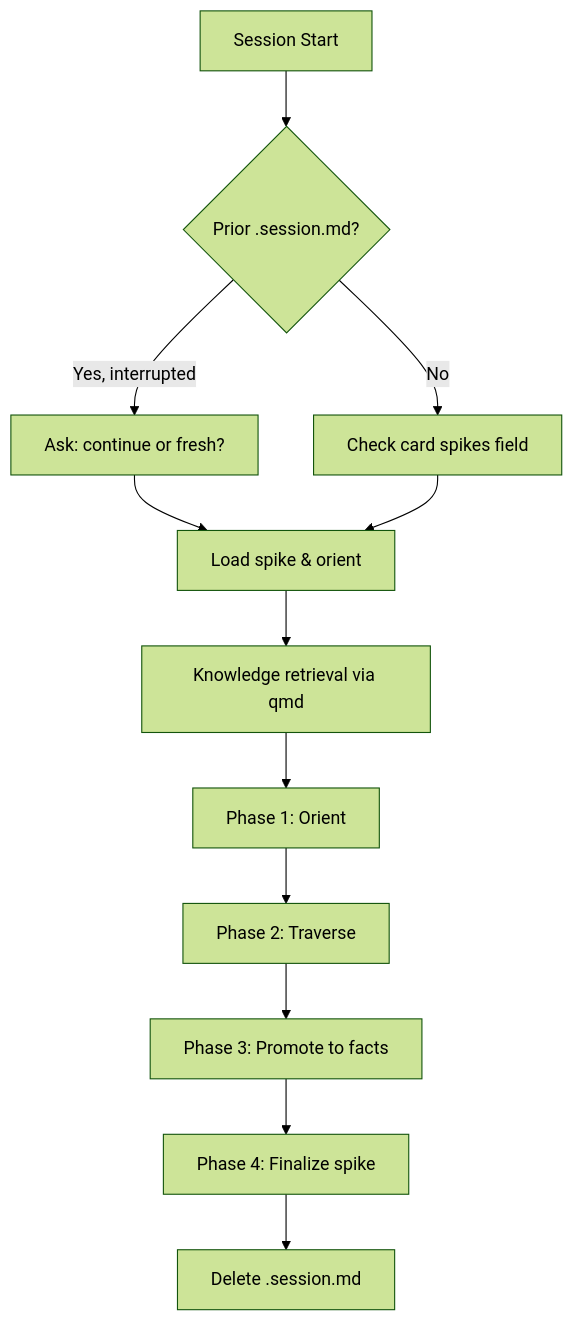
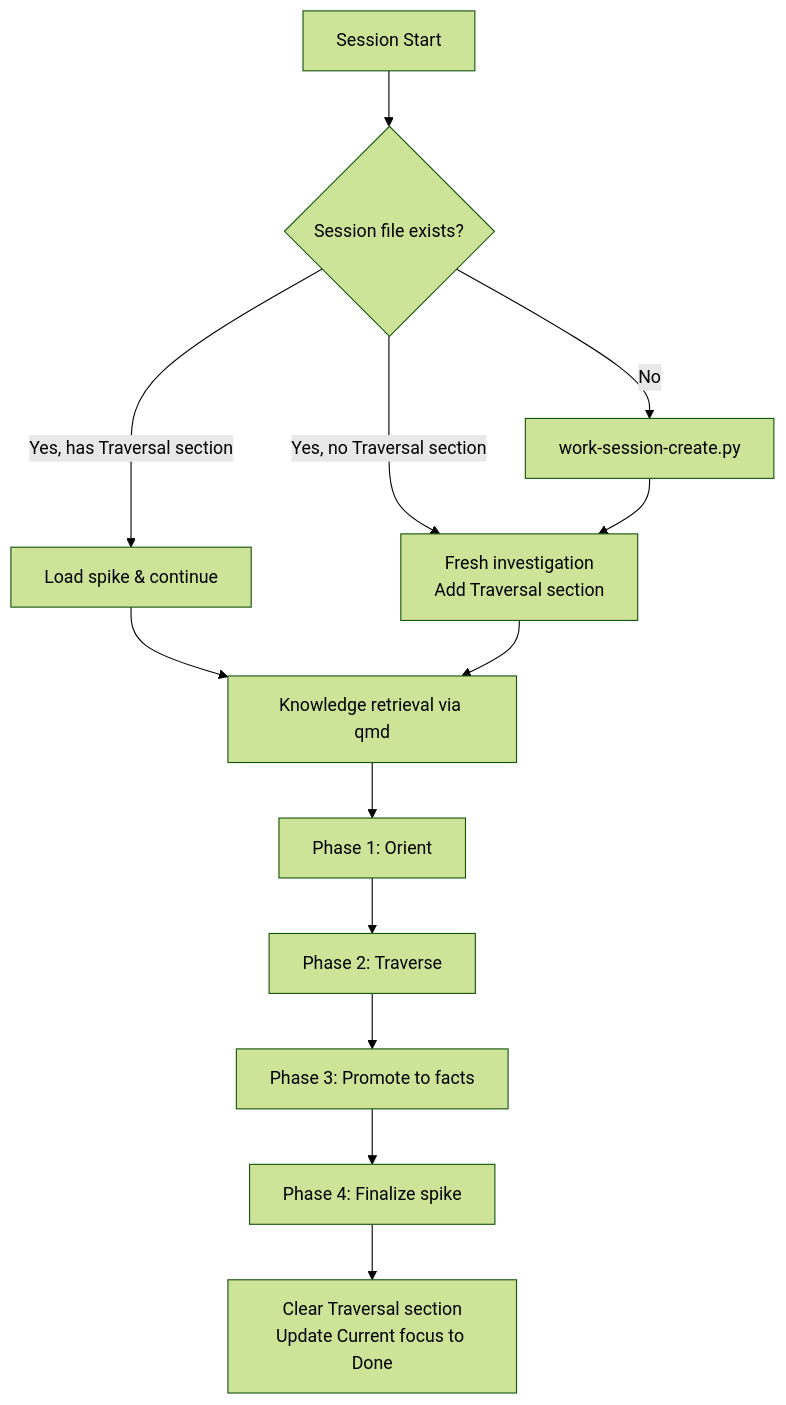
One commit to gustavofsantos/dot-files changed the first of 2 diagrams in skills/dead-reckoning/SKILL.md. Above: the diagram before and after it, drawn with Mermaid (forest theme). The commit also changed other lines of this file, not shown here.

First line of the commit message:
Migrate dead-reckoning state from worktree .session.md to workflow session file

````diff
--- a/skills/dead-reckoning/SKILL.md
+++ b/skills/dead-reckoning/SKILL.md
@@ -22,14 +22,15 @@
 ```mermaid
 flowchart TD
-    A[Session Start] --> B{Prior .session.md?}
-    B -- Yes, interrupted --> C[Ask: continue or fresh?]
-    B -- No --> D[Check card spikes field]
-    C --> E[Load spike & orient]
-    D --> E
-    E --> F[Knowledge retrieval via qmd]
+    A[Session Start] --> B{Session file exists?}
+    B -- Yes, has Traversal section --> C[Load spike & continue]
+    B -- Yes, no Traversal section --> D[Fresh investigation\nAdd Traversal section]
+    B -- No --> E[work-session-create.py]
+    E --> D
+    C --> F[Knowledge retrieval via qmd]
+    D --> F
     F --> G[Phase 1: Orient]
     G --> H[Phase 2: Traverse]
     H --> I[Phase 3: Promote to facts]
     I --> J[Phase 4: Finalize spike]
-    J --> K[Delete .session.md]
+    J --> K[Clear Traversal section\nUpdate Current focus to Done]
 ```
````
